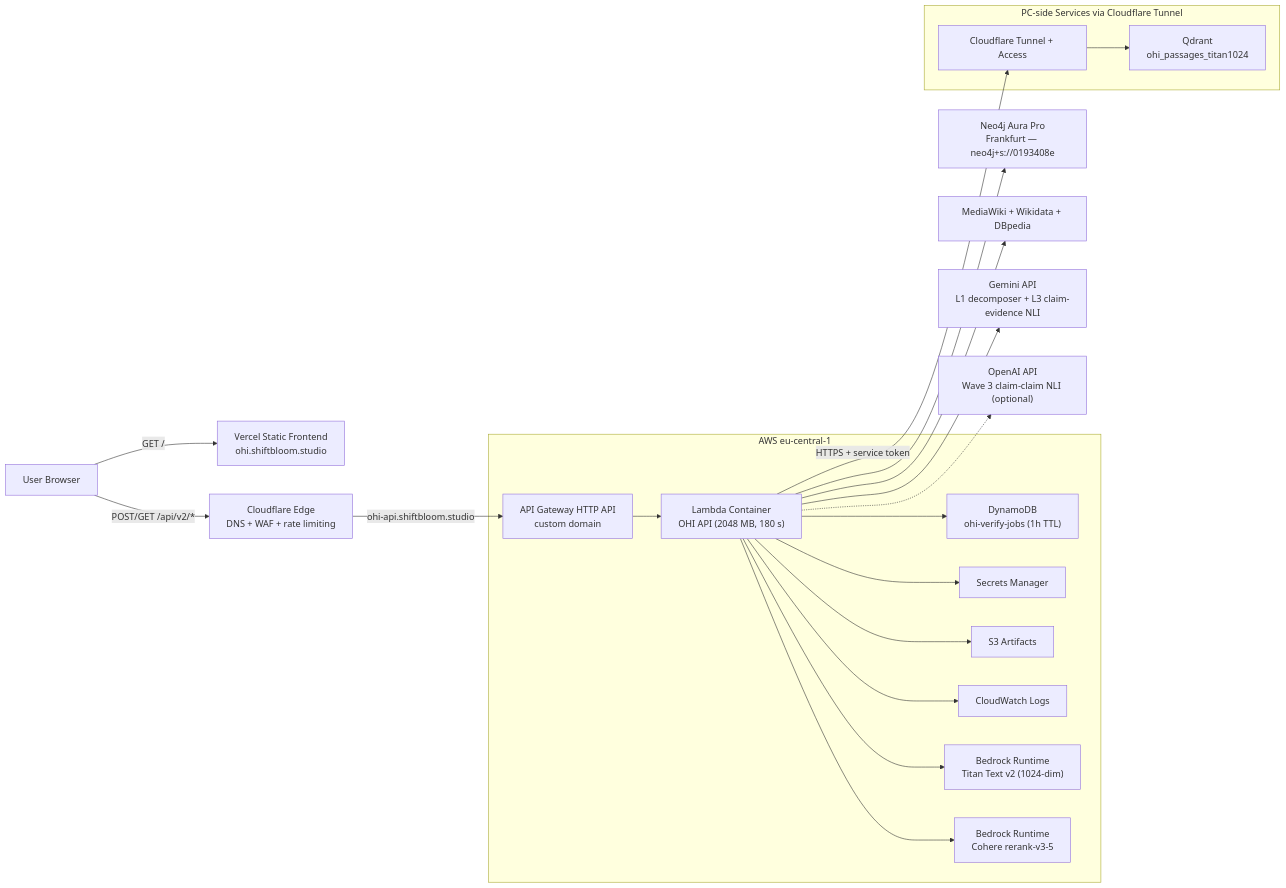
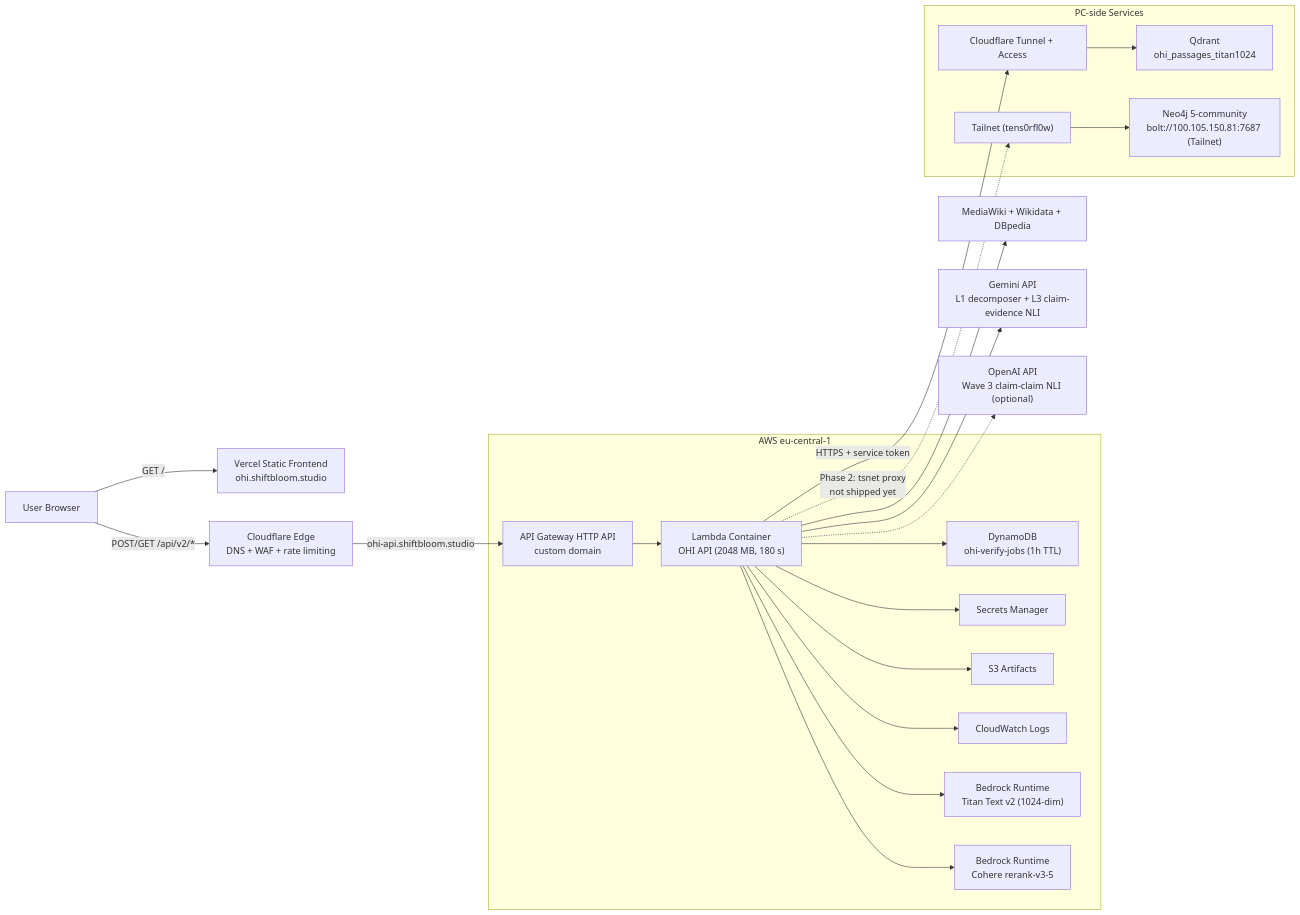
Before and after one commit to shiftbloom-studio/open-hallucination-index: the first of 3 diagrams in docs/CURRENT_ARCHITECTURE.md, drawn with Mermaid. The commit also changed other lines of this file and 1 other file, not shown here.

````diff
--- a/docs/CURRENT_ARCHITECTURE.md
+++ b/docs/CURRENT_ARCHITECTURE.md
@@ -39,47 +37,50 @@
 ```mermaid
 flowchart LR
     user["User Browser"]
     site["Vercel Static Frontend\nohi.shiftbloom.studio"]
     edge["Cloudflare Edge\nDNS + WAF + rate limiting"]
 
     subgraph aws["AWS eu-central-1"]
         apigw["API Gateway HTTP API\ncustom domain"]
         lambda["Lambda Container\nOHI API (2048 MB, 180 s)"]
         ddb["DynamoDB\nohi-verify-jobs (1h TTL)"]
         sm["Secrets Manager"]
         s3["S3 Artifacts"]
         logs["CloudWatch Logs"]
         br_embed["Bedrock Runtime\nTitan Text v2 (1024-dim)"]
         br_rerank["Bedrock Runtime\nCohere rerank-v3-5"]
     end
 
-    subgraph pc["PC-side Services via Cloudflare Tunnel"]
+    subgraph pc["PC-side Services"]
         cfaccess["Cloudflare Tunnel + Access"]
         qdrant["Qdrant\nohi_passages_titan1024"]
+        neo4j_pc["Neo4j 5-community\nbolt://100.105.150.81:7687 (Tailnet)"]
+        tailnet["Tailnet (tens0rfl0w)"]
     end
 
-    aura["Neo4j Aura Pro\nFrankfurt — neo4j+s://0193408e"]
     wiki["MediaWiki + Wikidata + DBpedia"]
     gemini["Gemini API\nL1 decomposer + L3 claim-evidence NLI"]
     openai["OpenAI API\nWave 3 claim-claim NLI (optional)"]
 
     user -->|"GET /"| site
     user -->|"POST/GET /api/v2/*"| edge
     edge -->|"ohi-api.shiftbloom.studio"| apigw
     apigw --> lambda
 
     lambda --> ddb
     lambda --> sm
     lambda --> s3
     lambda --> logs
     lambda --> br_embed
     lambda --> br_rerank
 
-    lambda --> aura
     lambda --> wiki
     lambda --> gemini
     lambda -.-> openai
 
     lambda -->|"HTTPS + service token"| cfaccess
     cfaccess --> qdrant
+
+    lambda -.->|"Phase 2: tsnet proxy\nnot shipped yet"| tailnet
+    tailnet --> neo4j_pc
 ```
````
